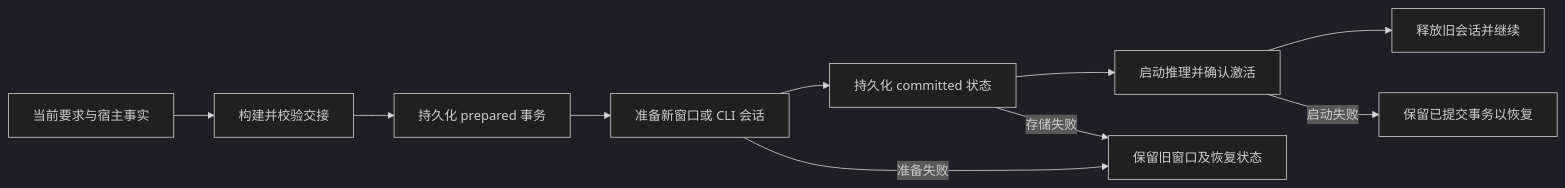
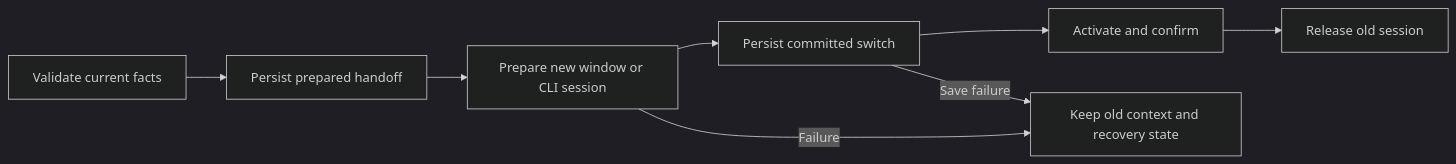
One commit to ZionDoki/confucius changed the diagram in .github/maintainers/context-memory-refactor.md. Above: the diagram before and after it, drawn with Mermaid (dark theme). The commit also changed other lines of this file and 162 other files, not shown here.

````diff
--- a/.github/maintainers/context-memory-refactor.md
+++ b/.github/maintainers/context-memory-refactor.md
@@ -20,12 +21,10 @@
 ```mermaid
 flowchart LR
-  A[当前要求与宿主事实] --> B[构建并校验交接]
-  B --> C[持久化 prepared 事务]
-  C --> D[准备新窗口或 CLI 会话]
-  D --> E[持久化 committed 状态]
-  E --> F[启动推理并确认激活]
-  F --> G[释放旧会话并继续]
-  D -->|准备失败| R[保留旧窗口及恢复状态]
-  E -->|存储失败| R
-  F -->|启动失败| S[保留已提交事务以恢复]
+  A[Validate current facts] --> B[Persist prepared handoff]
+  B --> C[Prepare new window or CLI session]
+  C --> D[Persist committed switch]
+  D --> E[Activate and confirm]
+  E --> F[Release old session]
+  C -->|Failure| R[Keep old context and recovery state]
+  D -->|Save failure| R
 ```
````
